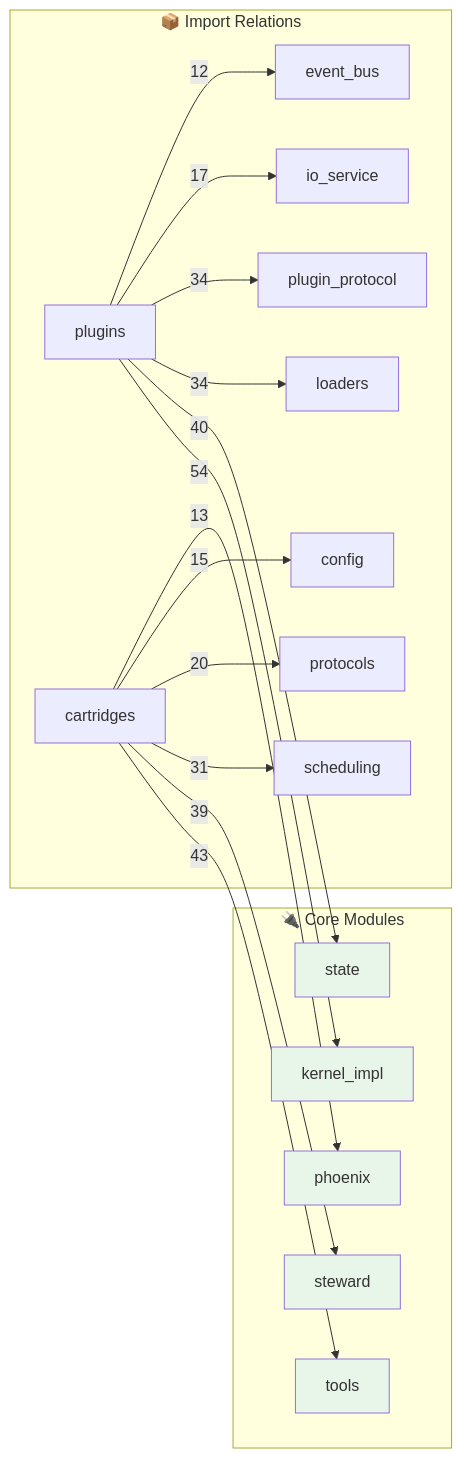
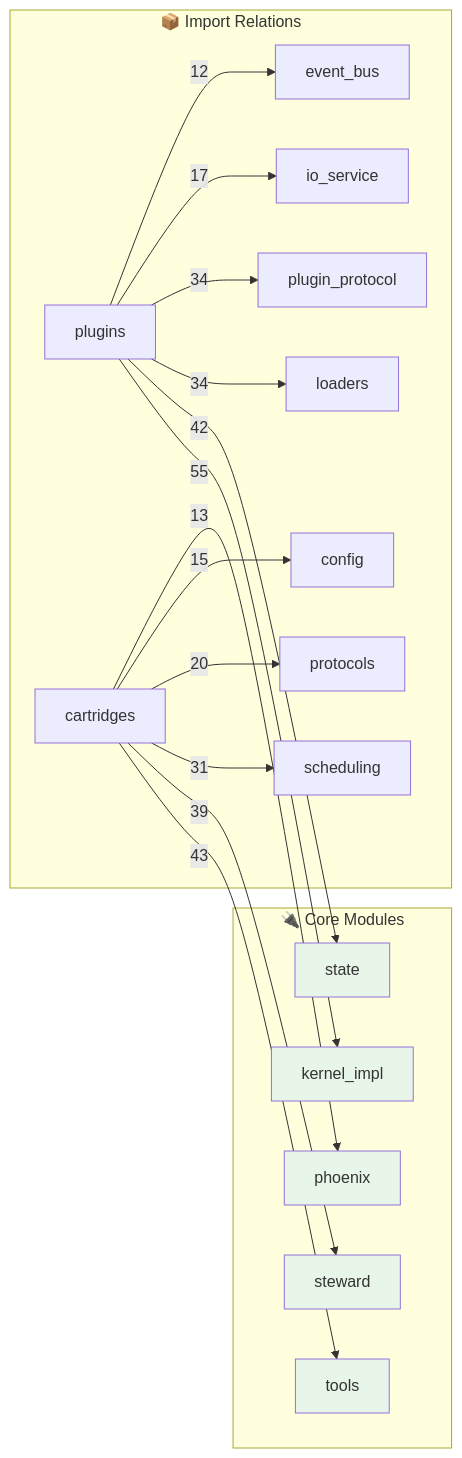
Before and after one commit to kimeisele/steward-protocol: the second of 2 diagrams in OPUS.md, drawn with Mermaid. The commit also changed other lines of this file and 16 other files, not shown here.

````diff
--- a/OPUS.md
+++ b/OPUS.md
@@ -757,31 +759,31 @@
 ```mermaid
 flowchart LR
     subgraph Core["🔌 Core Modules"]
         kernel_impl[kernel_impl]
         steward[steward]
         tools[tools]
         state[state]
         phoenix[phoenix]
     end
 
     subgraph Edges["📦 Import Relations"]
-        plugins -->|54| kernel_impl
+        plugins -->|55| kernel_impl
         cartridges -->|43| tools
-        plugins -->|40| state
+        plugins -->|42| state
         cartridges -->|39| steward
         plugins -->|34| loaders
         plugins -->|34| plugin_protocol
         cartridges -->|31| scheduling
         cartridges -->|20| protocols
         plugins -->|17| io_service
         cartridges -->|15| config
         cartridges -->|13| phoenix
         plugins -->|12| event_bus
     end
 
     style kernel_impl fill:#e8f5e9
     style steward fill:#e8f5e9
     style tools fill:#e8f5e9
     style state fill:#e8f5e9
     style phoenix fill:#e8f5e9
 ```
````
